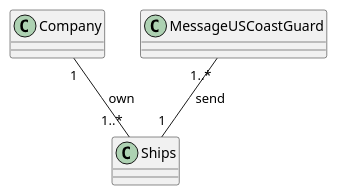
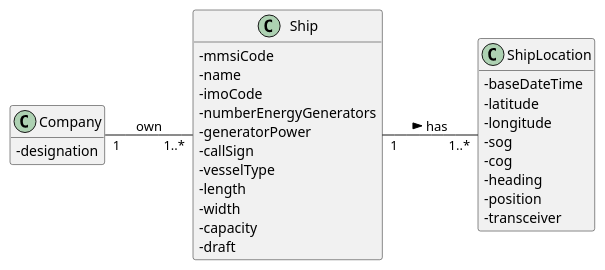
One commit to 0franciscor/lapr3-2021-g042 changed the diagram in docs/US104/US104-MD.puml. Above: the diagram before and after it, drawn with PlantUML. The commit also changed 3 other files, not shown here.

```diff
--- a/docs/US104/US104-MD.puml
+++ b/docs/US104/US104-MD.puml
@@ -1,14 +1,37 @@
 @startuml
 'https://plantuml.com/class-diagram
+hide methods
+left to right direction
+skinparam classAttributeIconSize 0
+
 class Company {
-
+-designation
 }
-class Ships {
-}
-class MessageUSCoastGuard {
-
+class Ship{
+-mmsiCode
+-name
+-imoCode
+-numberEnergyGenerators
+-generatorPower
+-callSign
+-vesselType
+-length
+-width
+-capacity
+-draft
 }
 
-MessageUSCoastGuard "1..*"--"1" Ships : send
-Company "1"--"1..*" Ships: own
+class ShipLocation {
+-baseDateTime
+-latitude
+-longitude
+-sog
+-cog
+-heading
+-position
+-transceiver
+}
+
+Company "1"--"1..*" Ship : own
+Ship "1" -- "1..*" ShipLocation : has >
 @enduml
```
